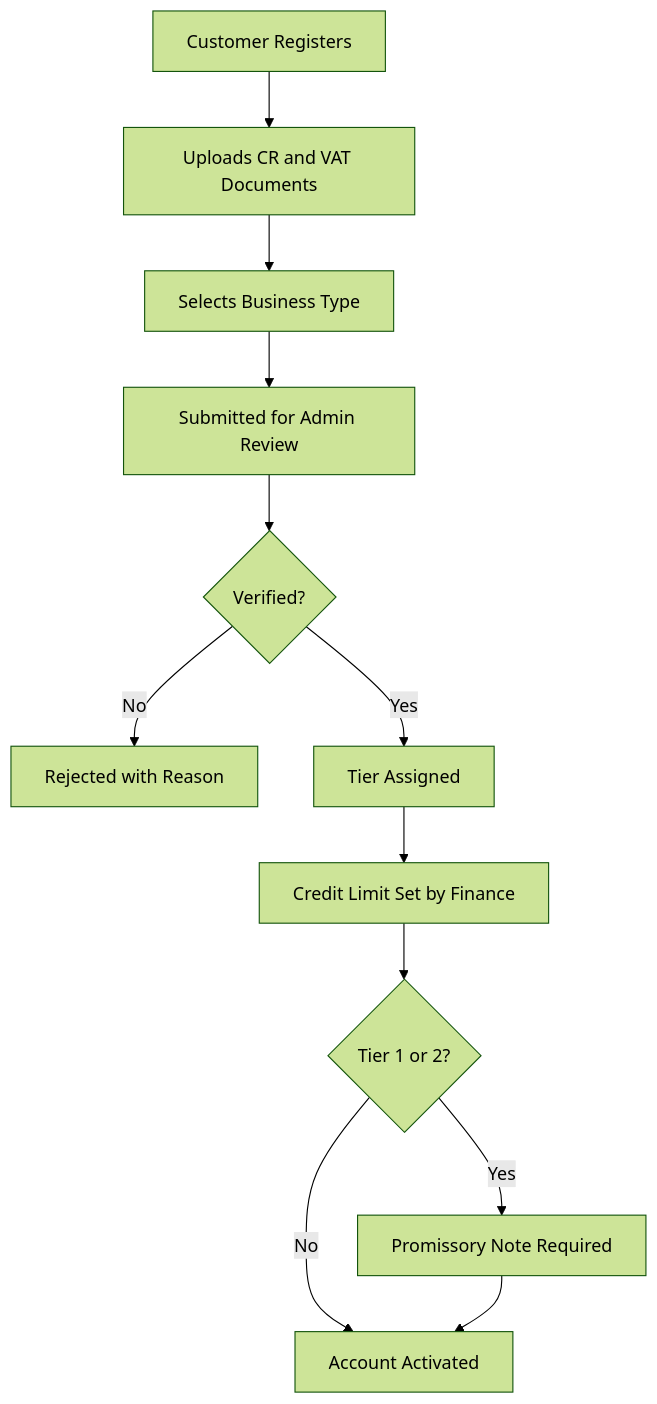
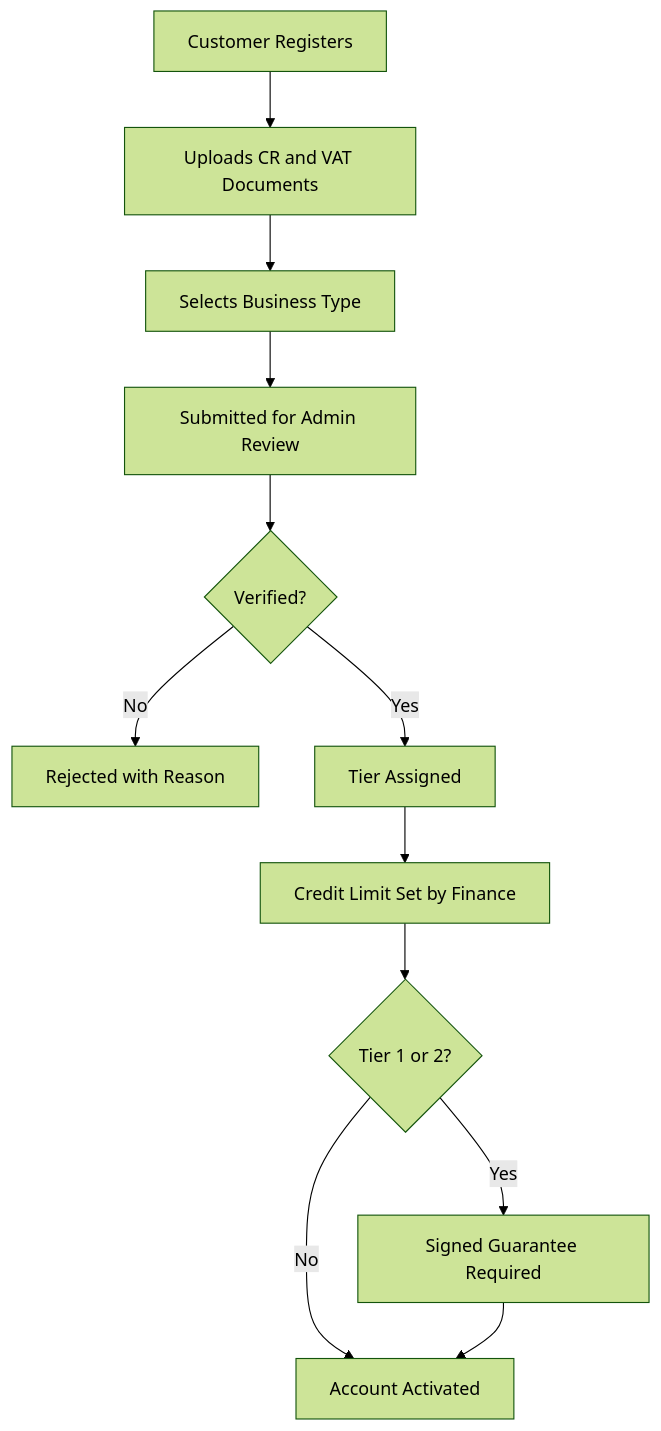
The first of 5 diagrams in docs/Project-Dossier.md (omaralburiki/B2B-E-commerce-Implementation), drawn with Mermaid (forest theme) before and after one commit. The commit also changed other lines of this file, not shown here.

````diff
--- a/docs/Project-Dossier.md
+++ b/docs/Project-Dossier.md
@@ -129,14 +31,14 @@
 ```mermaid
 flowchart TD
     A[Customer Registers] --> B[Uploads CR and VAT Documents]
     B --> C[Selects Business Type]
     C --> D[Submitted for Admin Review]
     D --> E{Verified?}
     E -->|No| F[Rejected with Reason]
     E -->|Yes| G[Tier Assigned]
     G --> H[Credit Limit Set by Finance]
     H --> I{Tier 1 or 2?}
-    I -->|Yes| J[Promissory Note Required]
+    I -->|Yes| J[Signed Guarantee Required]
     I -->|No| K[Account Activated]
     J --> K
 ```
````
